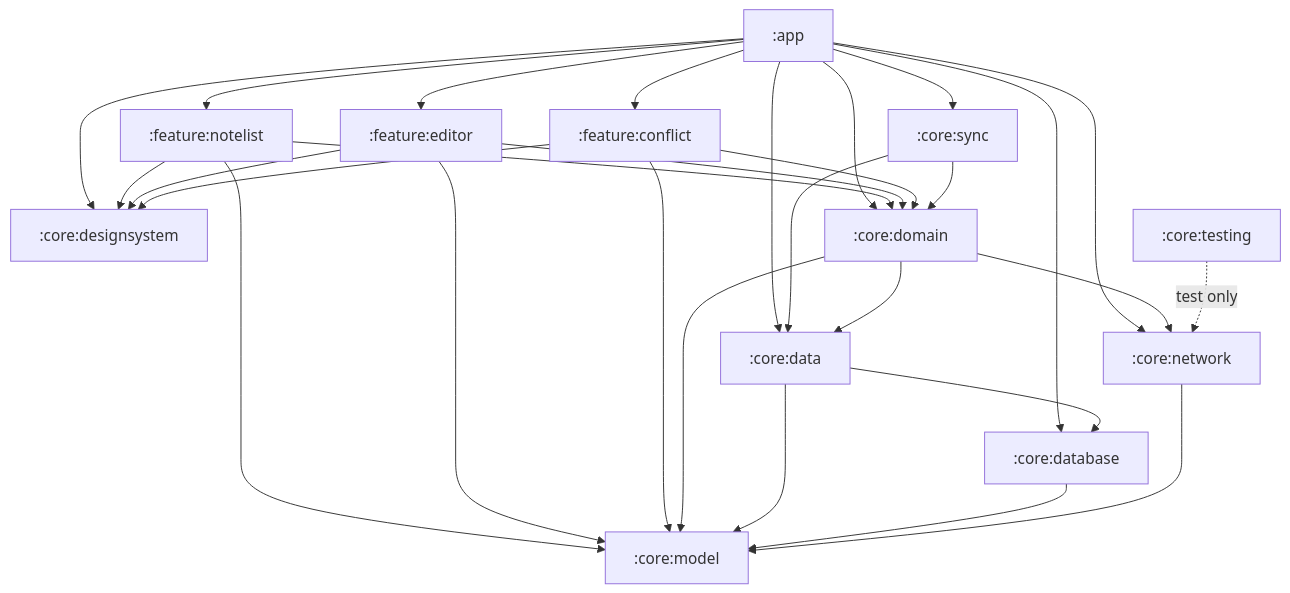
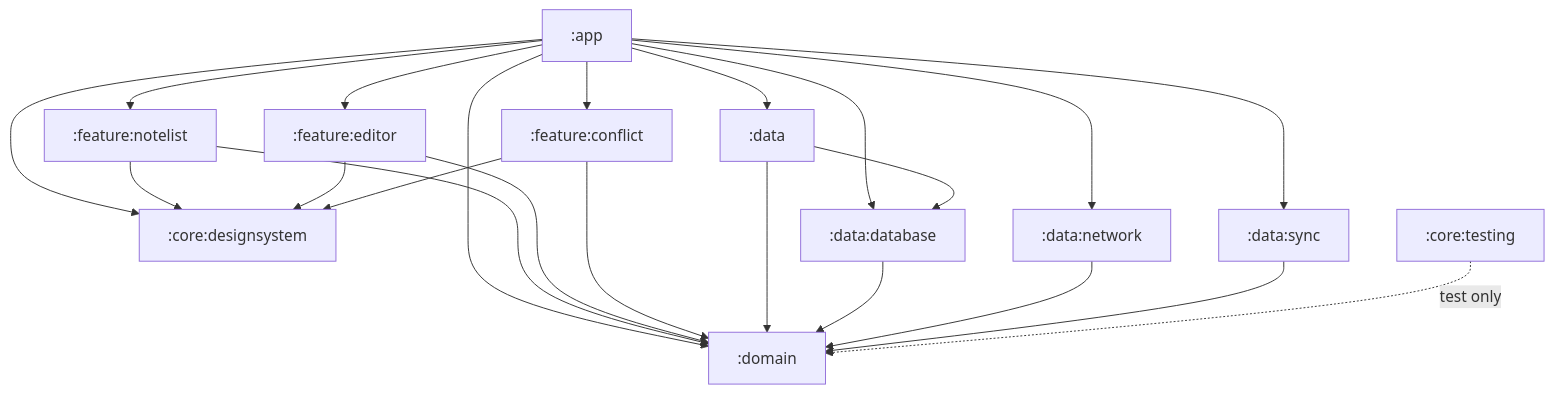
One commit to savvasg28/offline-notes changed the second of 4 diagrams in README.md. Above: the diagram before and after it, drawn with Mermaid. The commit also changed other lines of this file and 118 other files, not shown here.

````diff
--- a/README.md
+++ b/README.md
@@ -52,27 +52,25 @@
 ```mermaid
 flowchart TD
     app[":app"]
     fnl[":feature:notelist"]
     fed[":feature:editor"]
     fco[":feature:conflict"]
     cds[":core:designsystem"]
-    cdata[":core:data"]
-    cdom[":core:domain"]
-    csync[":core:sync"]
-    cdb[":core:database"]
-    cnet[":core:network"]
     ctest[":core:testing"]
-    cmodel[":core:model"]
+    dom[":domain"]
+    dat[":data"]
+    ddb[":data:database"]
+    dnet[":data:network"]
+    dsync[":data:sync"]
 
     app --> fnl & fed & fco
-    app --> cdata & cdom & cdb & cnet & cds & csync
-    fnl --> cmodel & cdom & cds
-    fed --> cmodel & cdom & cds
-    fco --> cmodel & cdom & cds
-    csync --> cdata & cdom
-    cdom --> cmodel & cdata & cnet
-    cdata --> cmodel & cdb
-    cdb --> cmodel
-    cnet --> cmodel
-    ctest -.test only.-> cnet
+    app --> dom & dat & ddb & dnet & dsync & cds
+    fnl --> dom & cds
+    fed --> dom & cds
+    fco --> dom & cds
+    dat --> dom & ddb
+    ddb --> dom
+    dnet --> dom
+    dsync --> dom
+    ctest -.test only.-> dom
 ```
````
